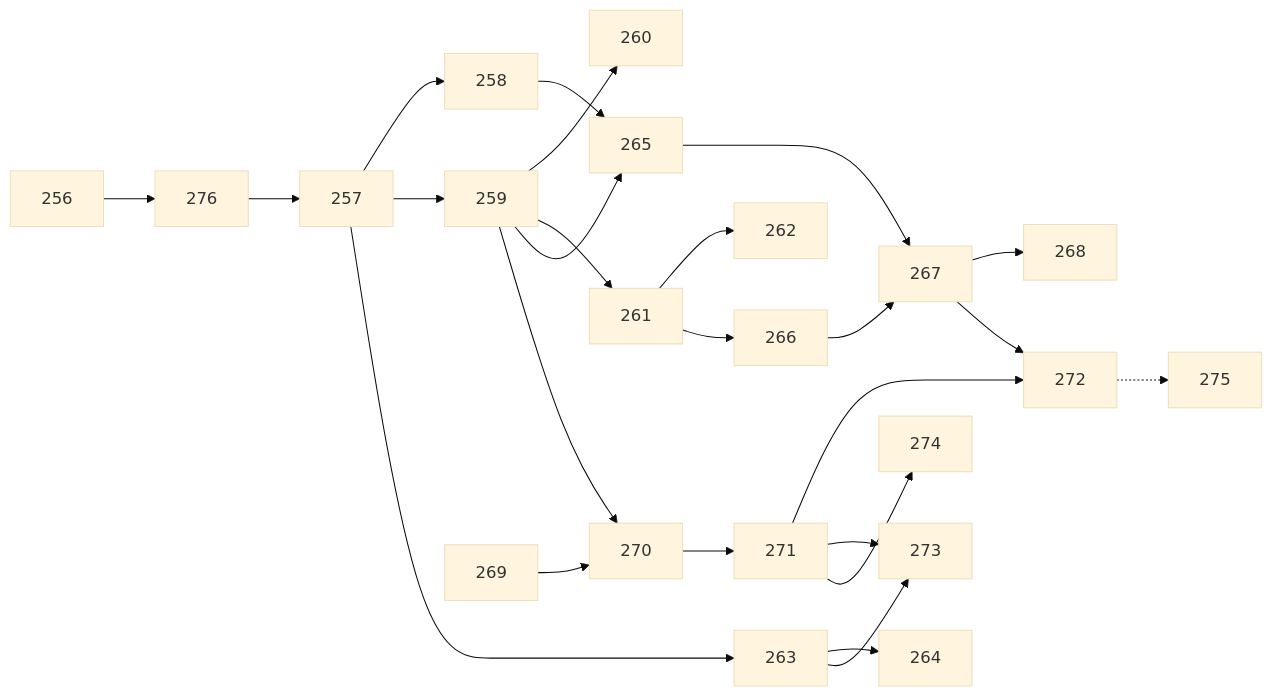
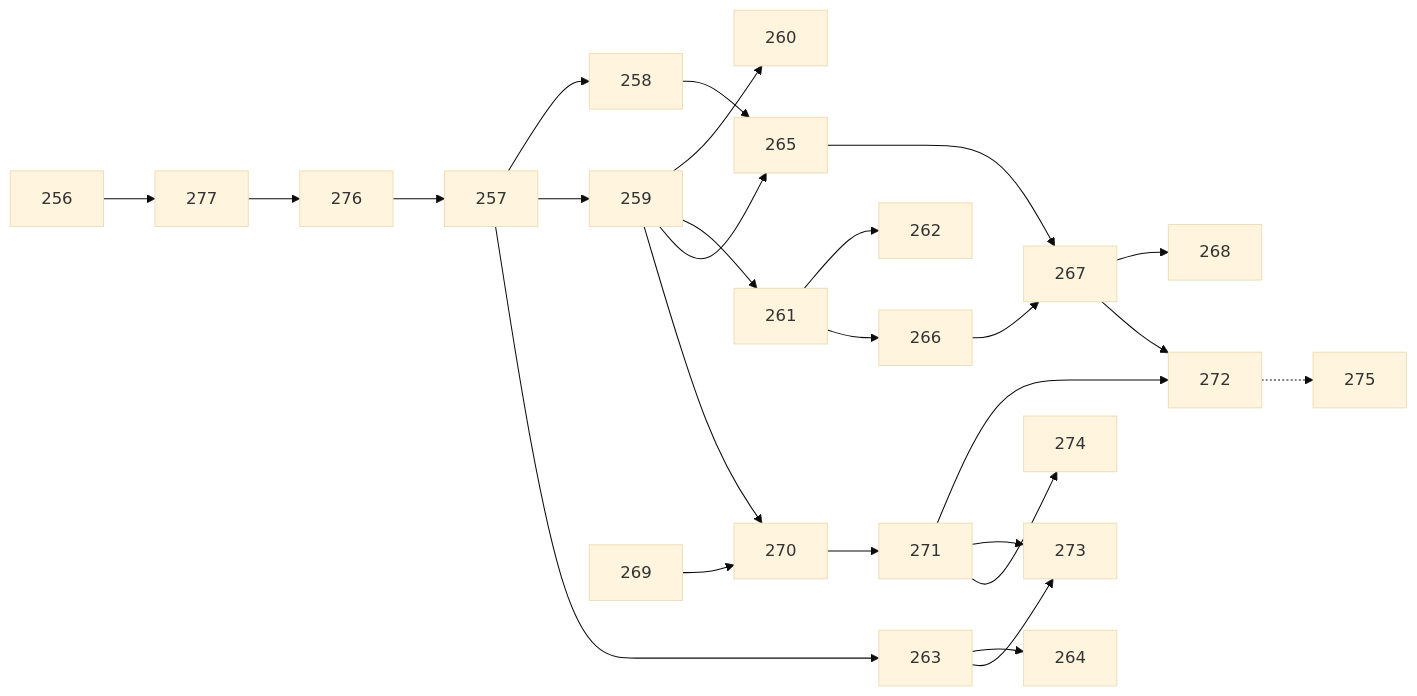
Before and after one commit to eremyperso/assistant-potager: the second of 2 diagrams in docs/EPIC - COMPAGNON CONVERSATIONNEL/CADRAGE_COMPAGNON_ACTIF.md, drawn with Mermaid (base theme). The commit also changed other lines of this file and 10 other files, not shown here.

````diff
--- a/docs/EPIC - COMPAGNON CONVERSATIONNEL/CADRAGE_COMPAGNON_ACTIF.md
+++ b/docs/EPIC - COMPAGNON CONVERSATIONNEL/CADRAGE_COMPAGNON_ACTIF.md
@@ -631,18 +632,18 @@
 ```mermaid
 flowchart LR
-    256 --> 276 --> 257 --> 258
+    256 --> 277 --> 276 --> 257 --> 258
     257 --> 259 --> 260
     259 --> 261 --> 262
     257 --> 263 --> 264
     258 --> 265
     259 --> 265
     261 --> 266 --> 267 --> 268
     265 --> 267
     269 --> 270 --> 271 --> 272
     259 --> 270
     267 --> 272
     263 --> 273
     271 --> 273
     271 --> 274
     272 -.-> 275
 ```
````
